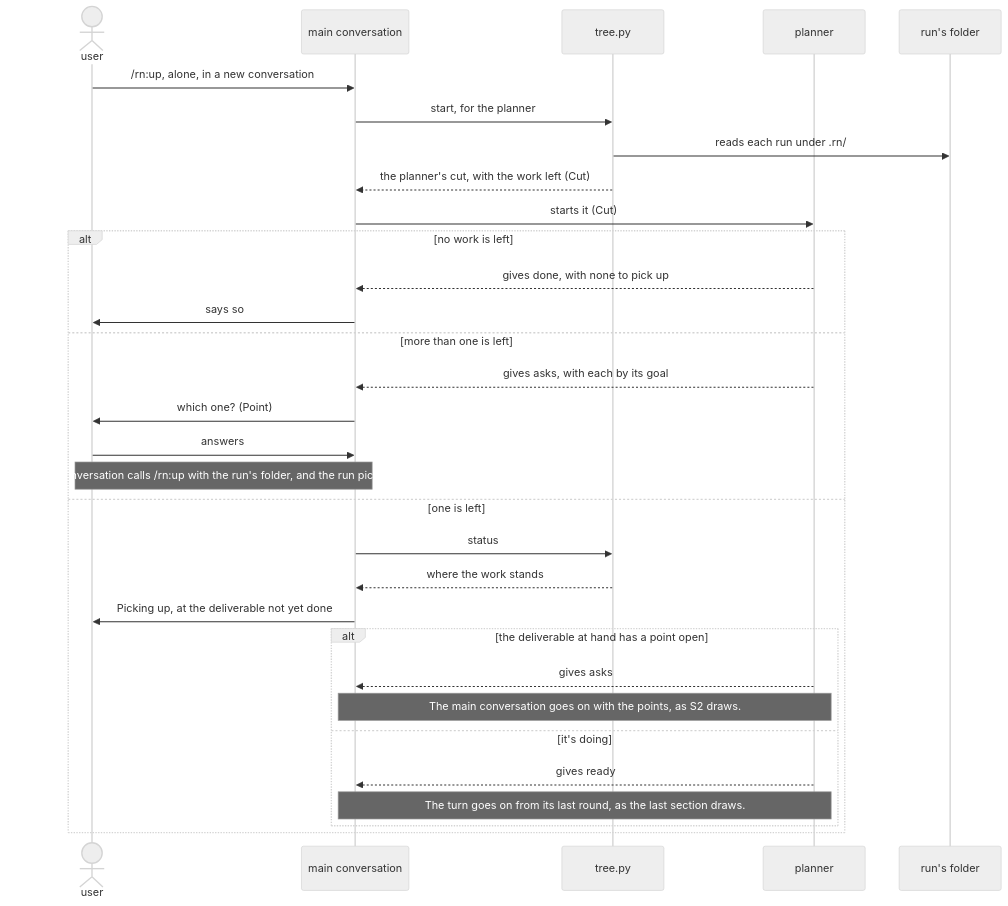
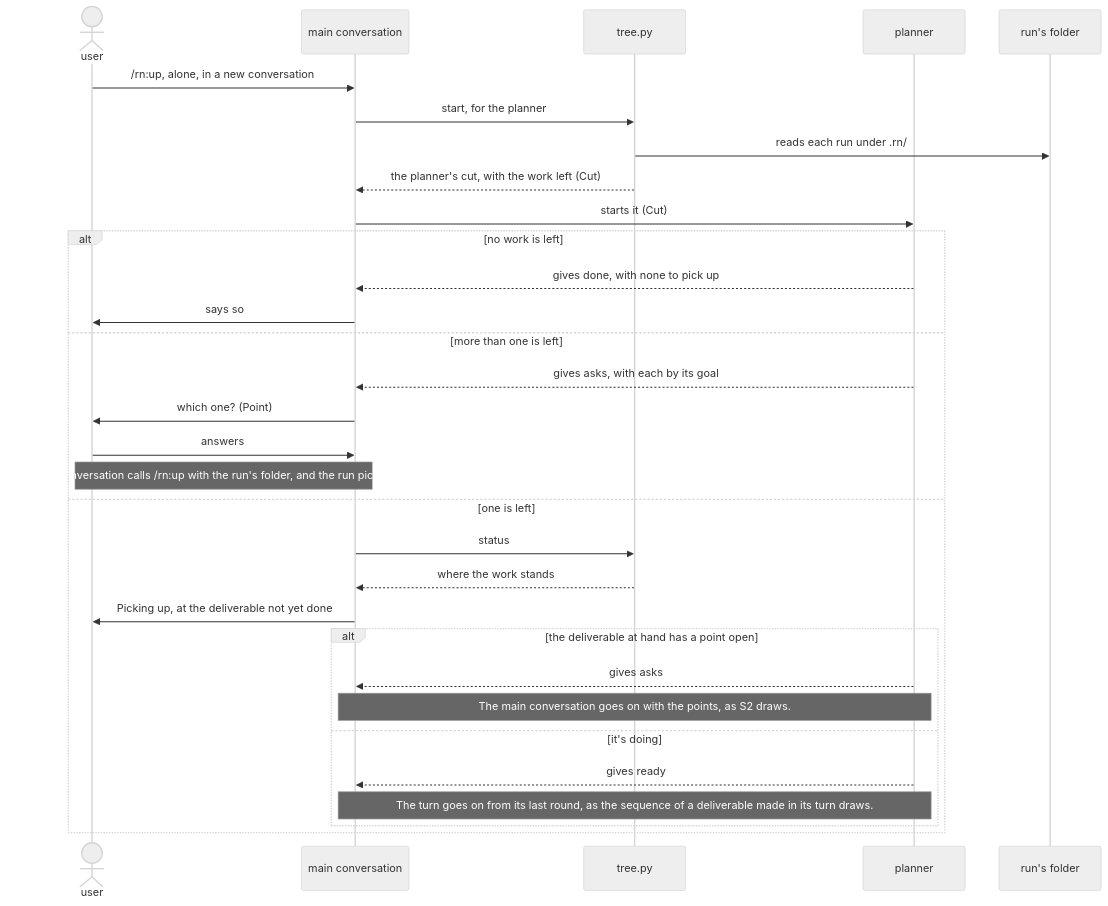
The fifth of 6 diagrams in dev/rn/architecture.md (lovaizu/ccpm), drawn with Mermaid (neutral theme) before and after one commit. The commit also changed other lines of this file and 1 other file, not shown here.

````diff
--- a/dev/rn/architecture.md
+++ b/dev/rn/architecture.md
@@ -555,33 +565,33 @@
 ```mermaid
 sequenceDiagram
   actor U as user
   participant M as main conversation
   participant T as tree.py
   participant P as planner
   participant R as run's folder
   U->>M: /rn:up, alone, in a new conversation
   M->>T: start, for the planner
   T->>R: reads each run under .rn/
   T-->>M: the planner's cut, with the work left (Cut)
   M->>P: starts it (Cut)
   alt no work is left
     P-->>M: gives done, with none to pick up
     M->>U: says so
   else more than one is left
     P-->>M: gives asks, with each by its goal
     M->>U: which one? (Point)
     U->>M: answers
     Note over U,M: The main conversation calls /rn:up with the run's folder, and the run picks up from it.
   else one is left
     M->>T: status
     T-->>M: where the work stands
     M->>U: Picking up, at the deliverable not yet done
     alt the deliverable at hand has a point open
       P-->>M: gives asks
       Note over M,P: The main conversation goes on with the points, as S2 draws.
     else it's doing
       P-->>M: gives ready
-      Note over M,P: The turn goes on from its last round, as the last section draws.
+      Note over M,P: The turn goes on from its last round, as the sequence of a deliverable made in its turn draws.
     end
   end
 ```
````
